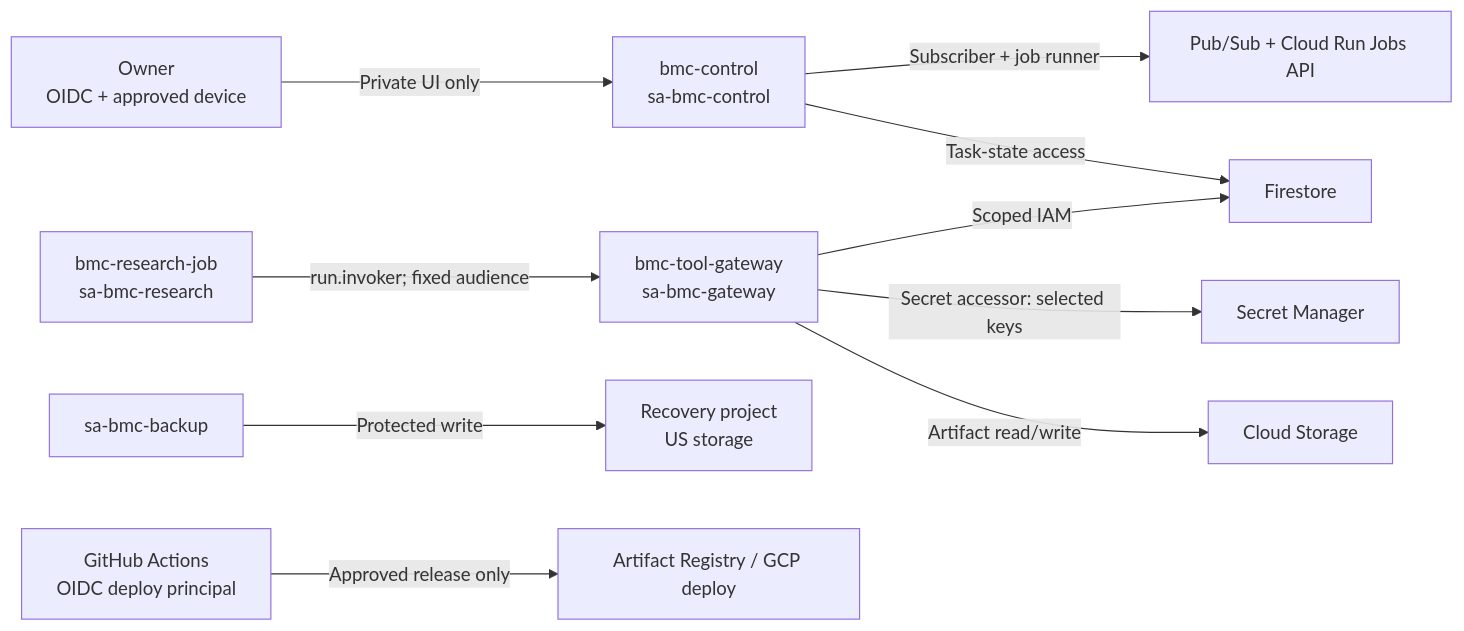
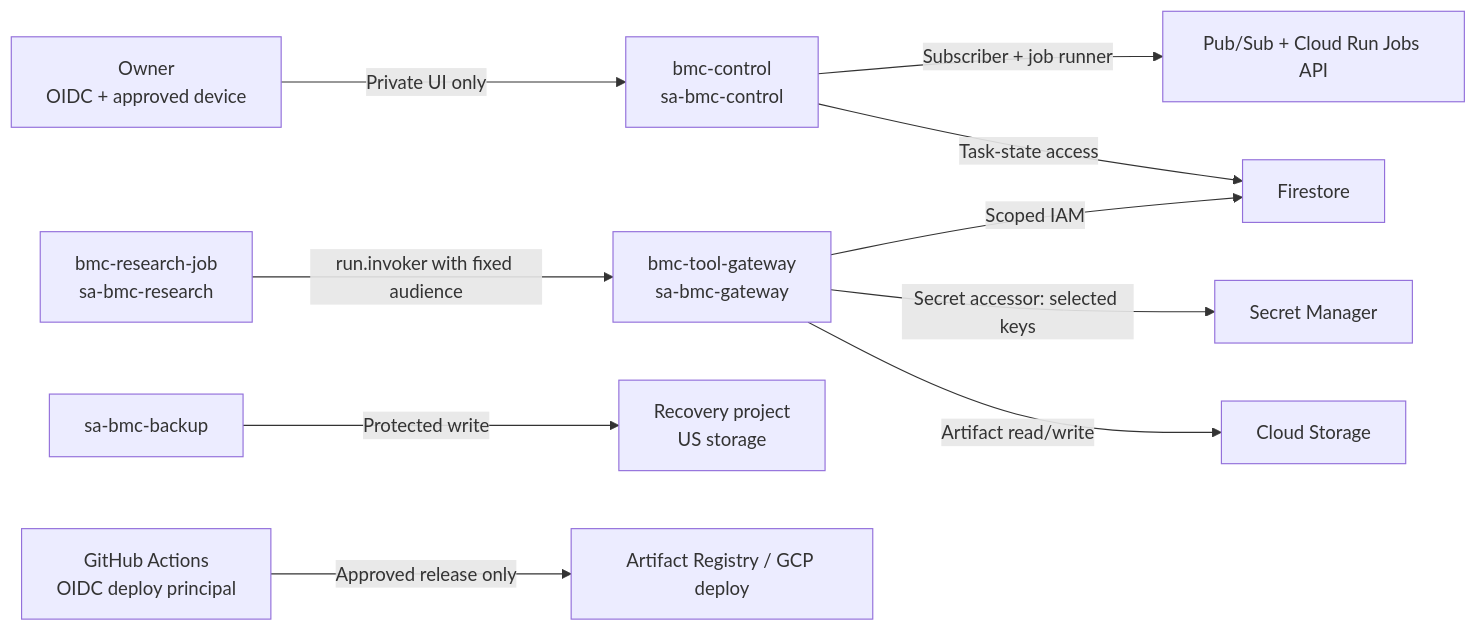
The fourth of 5 diagrams in docs/hosting-and-networking/ARCHITECTURE.md (anoopk-personal/the-bone-mill-club), drawn with Mermaid before and after one commit. The commit also changed other lines of this file, not shown here.

Commit message:
fix: repair Mermaid sequence diagram rendering (#12)

````diff
--- a/docs/hosting-and-networking/ARCHITECTURE.md
+++ b/docs/hosting-and-networking/ARCHITECTURE.md
@@ -162,12 +162,12 @@
 ```mermaid
 flowchart LR
     OWNER["Owner<br/>OIDC + approved device"] -->|"Private UI only"| VM["bmc-control<br/>sa-bmc-control"]
     VM -->|"Subscriber + job runner"| SVC["Pub/Sub + Cloud Run Jobs API"]
     VM -->|"Task-state access"| FS["Firestore"]
-    JOB["bmc-research-job<br/>sa-bmc-research"] -->|"run.invoker; fixed audience"| GW["bmc-tool-gateway<br/>sa-bmc-gateway"]
+    JOB["bmc-research-job<br/>sa-bmc-research"] -->|"run.invoker with fixed audience"| GW["bmc-tool-gateway<br/>sa-bmc-gateway"]
     GW -->|"Scoped IAM"| FS
     GW -->|"Secret accessor: selected keys"| SEC["Secret Manager"]
     GW -->|"Artifact read/write"| OBJ["Cloud Storage"]
     BACKUP["sa-bmc-backup"] -->|"Protected write"| REC["Recovery project<br/>US storage"]
     CICD["GitHub Actions<br/>OIDC deploy principal"] -->|"Approved release only"| REG["Artifact Registry / GCP deploy"]
 ```
````
